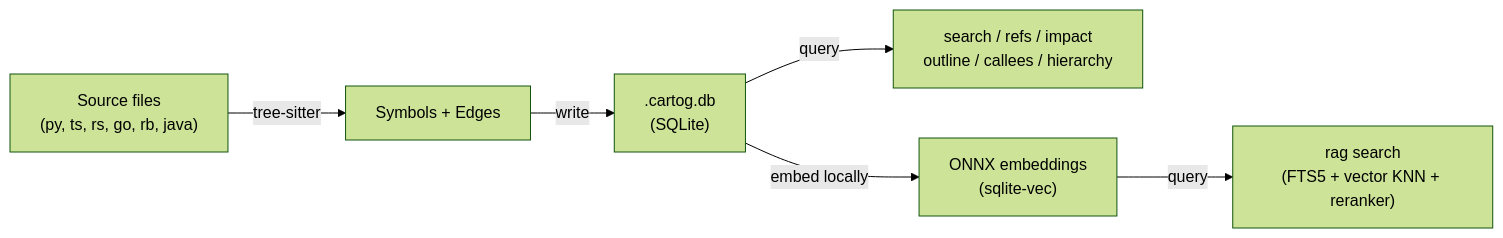
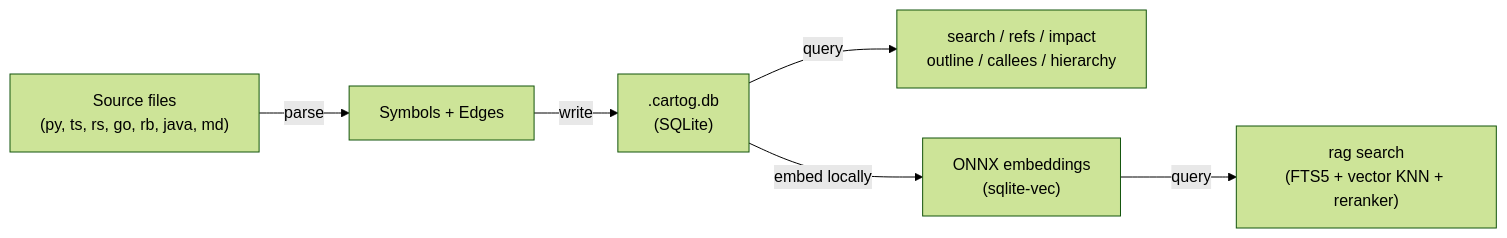
The diagram in README.md (floyoops/cartog), drawn with Mermaid (forest theme) before and after one commit. The commit also changed other lines of this file and 26 other files, not shown here.

````diff
--- a/README.md
+++ b/README.md
@@ -234,8 +236,8 @@
 ```mermaid
 graph LR
-    A["Source files<br/>(py, ts, rs, go, rb, java)"] -->|tree-sitter| B["Symbols + Edges"]
+    A["Source files<br/>(py, ts, rs, go, rb, java, md)"] -->|parse| B["Symbols + Edges"]
     B -->|write| C[".cartog.db<br/>(SQLite)"]
     C -->|query| D["search / refs / impact<br/>outline / callees / hierarchy"]
     C -->|embed locally| E["ONNX embeddings<br/>(sqlite-vec)"]
     E -->|query| F["rag search<br/>(FTS5 + vector KNN + reranker)"]
 ```
````
